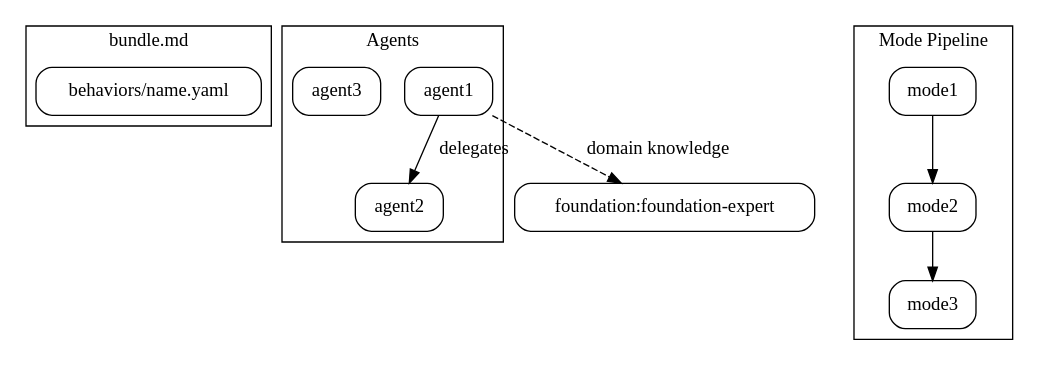
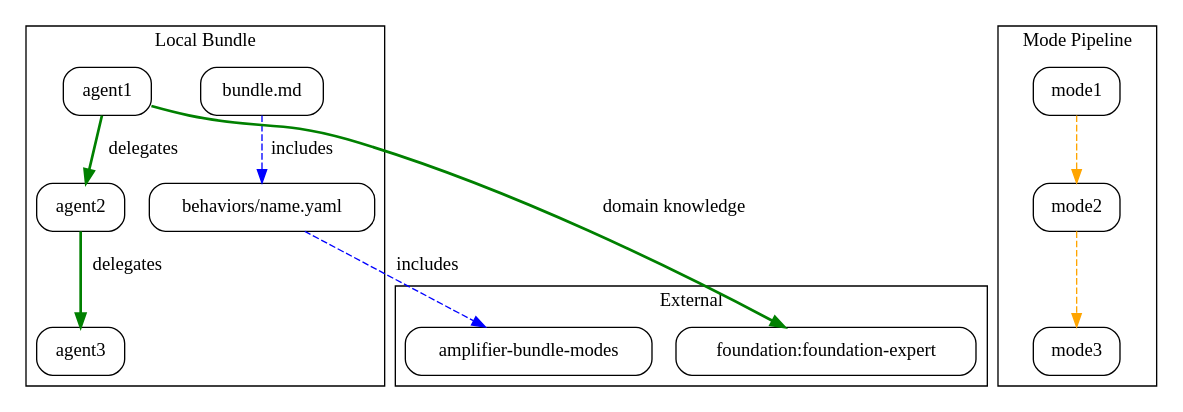
The diagram in agents/bundle-explorer.md (michaeljabbour/amplifier-bundle-bundlewizard), drawn with Graphviz before and after one commit. The commit also changed 1 other file, not shown here.

Commit message:
feat: add composition and flow edges to Explorer DOT example

````diff
--- a/agents/bundle-explorer.md
+++ b/agents/bundle-explorer.md
@@ -213,28 +213,36 @@
 ```dot
 digraph bundle_name {
   rankdir=TB;
   node [shape=box, style=rounded];
-  
-  // Composition
-  subgraph cluster_bundle {
-    label="bundle.md";
+
+  // Local bundle components
+  subgraph cluster_local {
+    label="Local Bundle";
+    bundle_md [label="bundle.md"];
     behavior [label="behaviors/name.yaml"];
-  }
-  
-  // Agents
-  subgraph cluster_agents {
-    label="Agents";
     agent1; agent2; agent3;
   }
-  
-  // Delegation flow
-  agent1 -> agent2 [label="delegates"];
-  agent1 -> "foundation:foundation-expert" [style=dashed, label="domain knowledge"];
-  
+
+  // External dependencies
+  subgraph cluster_external {
+    label="External";
+    ext_behavior [label="amplifier-bundle-modes"];
+    ext_expert [label="foundation:foundation-expert"];
+  }
+
+  // Composition edges
+  bundle_md -> behavior [style=dashed, color=blue, label="includes"];
+  behavior -> ext_behavior [style=dashed, color=blue, label="includes"];
+
+  // Agentic flow edges
+  agent1 -> agent2 [style=bold, color=green, label="delegates"];
+  agent2 -> agent3 [style=bold, color=green, label="delegates"];
+  agent1 -> ext_expert [style=bold, color=green, label="domain knowledge"];
+
   // Mode transitions
   subgraph cluster_modes {
     label="Mode Pipeline";
-    mode1 -> mode2 -> mode3;
+    mode1 -> mode2 -> mode3 [style=dashed, color=orange];
   }
 }
 ```
````
